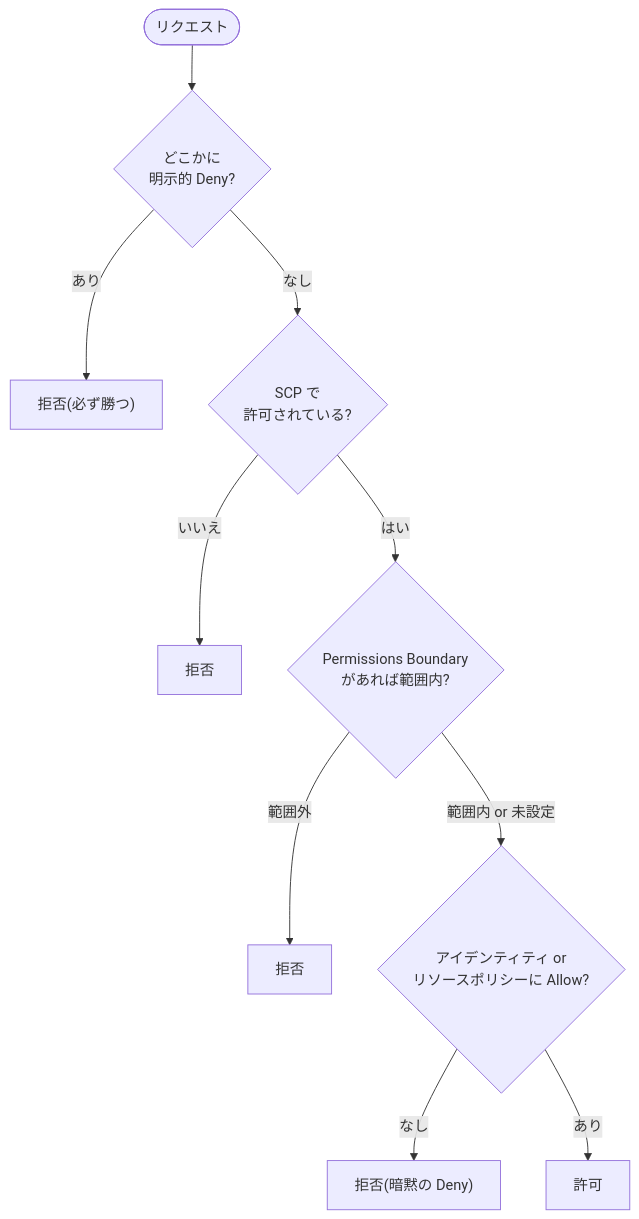
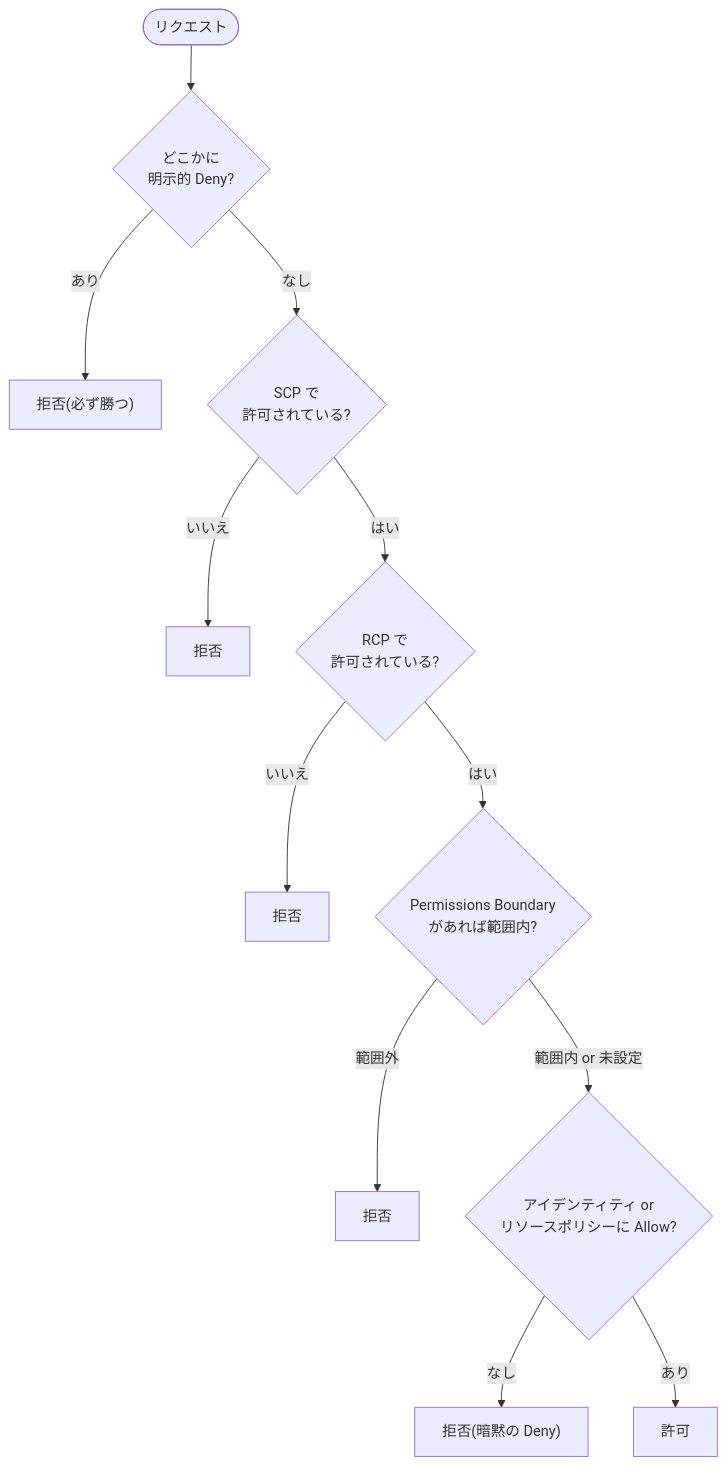
The second of 3 diagrams in 01-organizational-complexity/1-2-security-controls.md (tono55/aws-sap), drawn with Mermaid before and after one commit. The commit also changed other lines of this file and 28 other files, not shown here.

````diff
--- a/01-organizational-complexity/1-2-security-controls.md
+++ b/01-organizational-complexity/1-2-security-controls.md
@@ -64,12 +66,14 @@
 ```mermaid
 flowchart TD
     START(["リクエスト"]) --> DENY{"どこかに<br>明示的 Deny?"}
     DENY -->|あり| NG1["拒否(必ず勝つ)"]
     DENY -->|なし| SCP{"SCP で<br>許可されている?"}
     SCP -->|いいえ| NG2["拒否"]
-    SCP -->|はい| PB{"Permissions Boundary<br>があれば範囲内?"}
+    SCP -->|はい| RCP{"RCP で<br>許可されている?"}
+    RCP -->|いいえ| NG5["拒否"]
+    RCP -->|はい| PB{"Permissions Boundary<br>があれば範囲内?"}
     PB -->|範囲外| NG3["拒否"]
     PB -->|"範囲内 or 未設定"| ALLOW{"アイデンティティ or<br>リソースポリシーに Allow?"}
     ALLOW -->|なし| NG4["拒否(暗黙の Deny)"]
     ALLOW -->|あり| OK["許可"]
 ```
````
